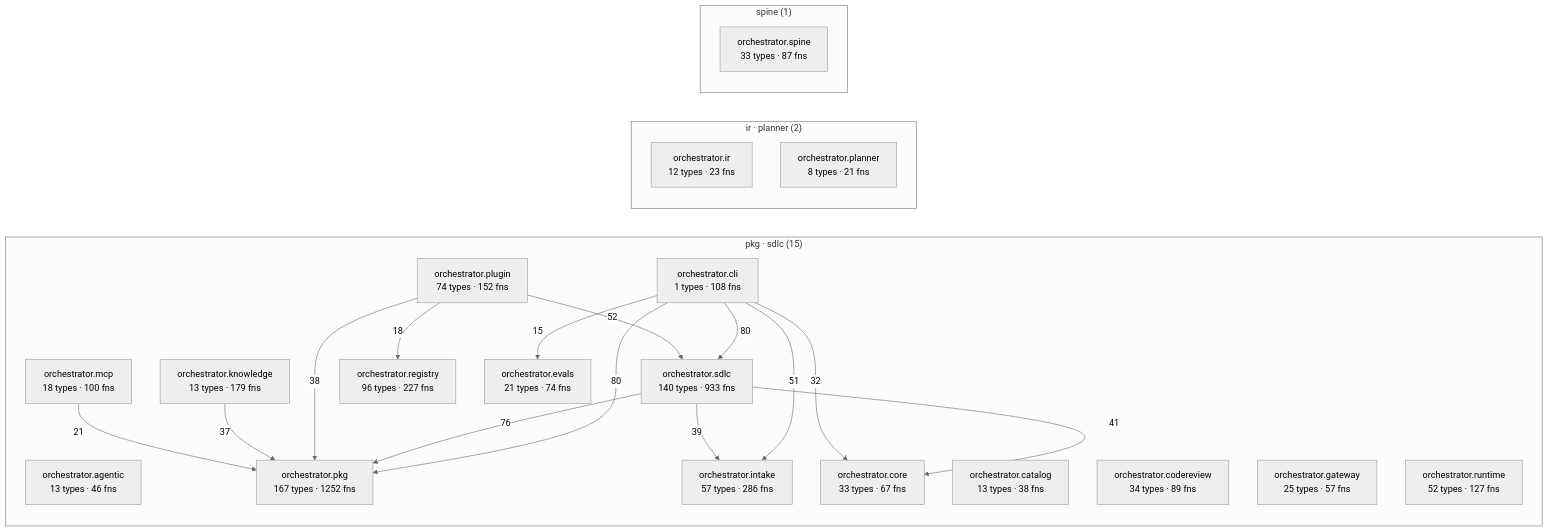
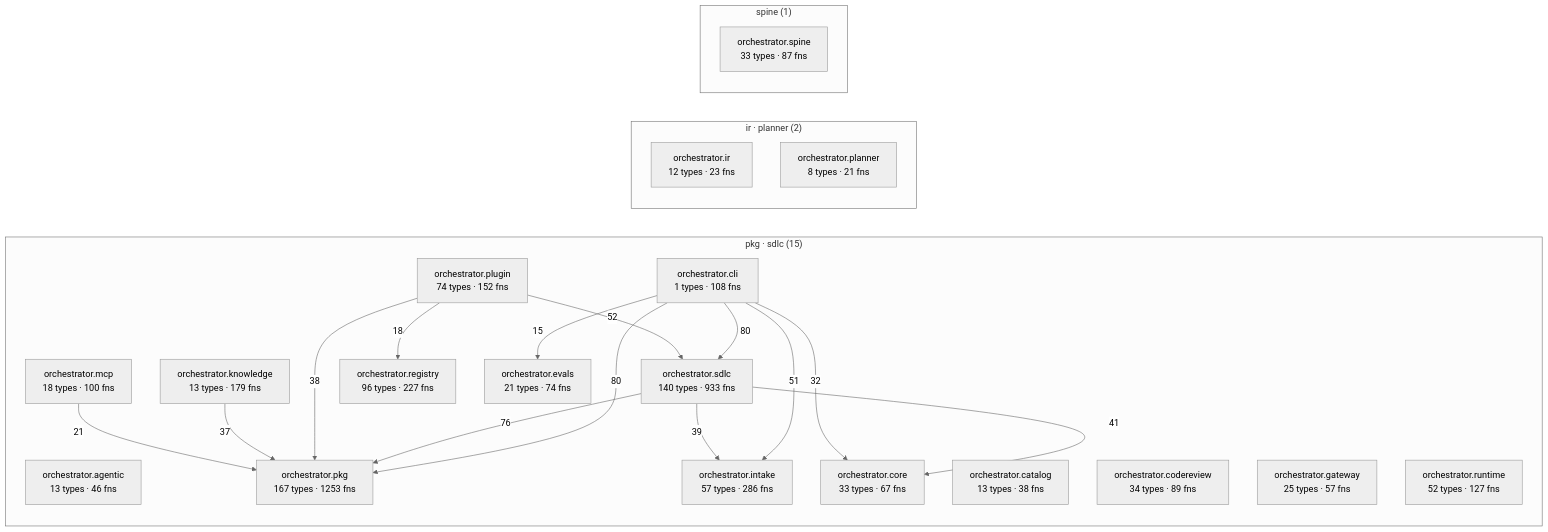
The diagram in episteme/architecture.md (synaptixs/spine), drawn with Mermaid (neutral theme) before and after one commit. The commit also changed other lines of this file and 5 other files, not shown here.

````diff
--- a/episteme/architecture.md
+++ b/episteme/architecture.md
@@ -55,40 +55,40 @@
 ```mermaid
 flowchart LR
   subgraph c_2["pkg · sdlc (15)"]
     aorchestratoragentic["orchestrator.agentic<br/>13 types · 46 fns"]
     aorchestratorcatalog["orchestrator.catalog<br/>13 types · 38 fns"]
     aorchestratorcli["orchestrator.cli<br/>1 types · 108 fns"]
     aorchestratorcodereview["orchestrator.codereview<br/>34 types · 89 fns"]
     aorchestratorcore["orchestrator.core<br/>33 types · 67 fns"]
     aorchestratorevals["orchestrator.evals<br/>21 types · 74 fns"]
     aorchestratorgateway["orchestrator.gateway<br/>25 types · 57 fns"]
     aorchestratorintake["orchestrator.intake<br/>57 types · 286 fns"]
     aorchestratorknowledge["orchestrator.knowledge<br/>13 types · 179 fns"]
     aorchestratormcp["orchestrator.mcp<br/>18 types · 100 fns"]
-    aorchestratorpkg["orchestrator.pkg<br/>167 types · 1252 fns"]
+    aorchestratorpkg["orchestrator.pkg<br/>167 types · 1253 fns"]
     aorchestratorplugin["orchestrator.plugin<br/>74 types · 152 fns"]
     aorchestratorregistry["orchestrator.registry<br/>96 types · 227 fns"]
     aorchestratorruntime["orchestrator.runtime<br/>52 types · 127 fns"]
     aorchestratorsdlc["orchestrator.sdlc<br/>140 types · 933 fns"]
   end
   subgraph c_5["ir · planner (2)"]
     aorchestratorir["orchestrator.ir<br/>12 types · 23 fns"]
     aorchestratorplanner["orchestrator.planner<br/>8 types · 21 fns"]
   end
   subgraph c_10["spine (1)"]
     aorchestratorspine["orchestrator.spine<br/>33 types · 87 fns"]
   end
   aorchestratorcli -->|80| aorchestratorpkg
   aorchestratorcli -->|80| aorchestratorsdlc
   aorchestratorsdlc -->|76| aorchestratorpkg
   aorchestratorplugin -->|52| aorchestratorsdlc
   aorchestratorcli -->|51| aorchestratorintake
   aorchestratorsdlc -->|41| aorchestratorcore
   aorchestratorsdlc -->|39| aorchestratorintake
   aorchestratorplugin -->|38| aorchestratorpkg
   aorchestratorknowledge -->|37| aorchestratorpkg
   aorchestratorcli -->|32| aorchestratorcore
   aorchestratormcp -->|21| aorchestratorpkg
   aorchestratorplugin -->|18| aorchestratorregistry
   aorchestratorcli -->|15| aorchestratorevals
 ```
````
